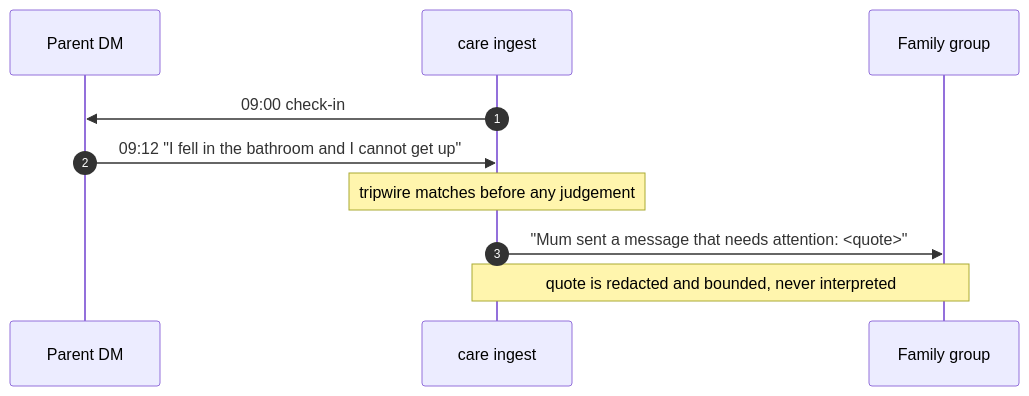
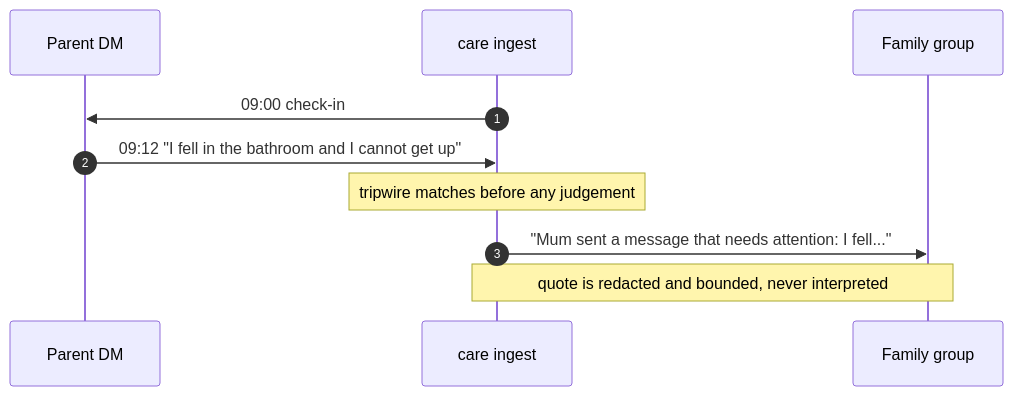
Before and after one commit to Kolezhniuk/tg-family-assitsant: the fourth of 5 diagrams in README.md, drawn with Mermaid. The commit also changed other lines of this file, not shown here.

Commit message:
Fix mermaid parse error in demo scenario diagrams

````diff
--- a/README.md
+++ b/README.md
@@ -130,12 +130,12 @@
 ```mermaid
 sequenceDiagram
     autonumber
     participant P as Parent DM
     participant C as care ingest
     participant G as Family group
     C->>P: 09:00 check-in
     P->>C: 09:12 "I fell in the bathroom and I cannot get up"
     Note over C: tripwire matches before any judgement
-    C->>G: "Mum sent a message that needs attention: <quote>"
+    C->>G: "Mum sent a message that needs attention: I fell..."
     Note over C,G: quote is redacted and bounded, never interpreted
 ```
````
